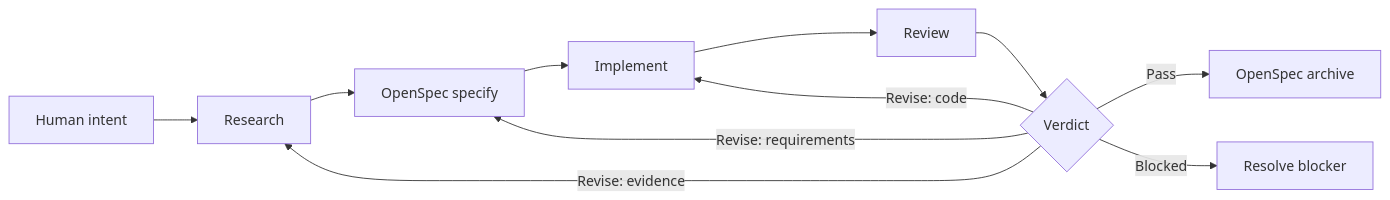
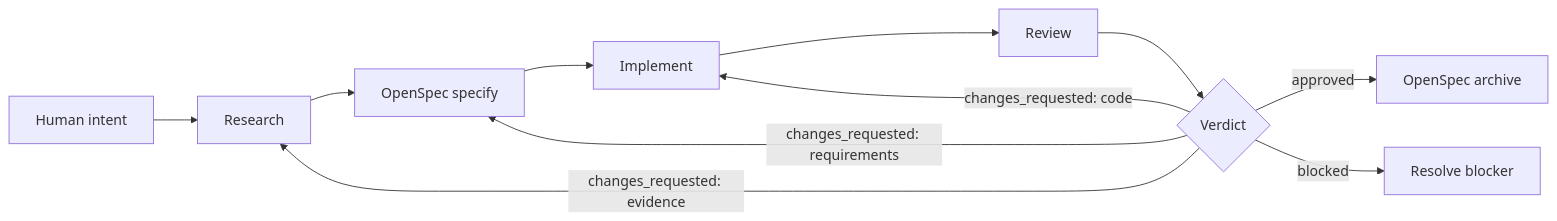
The diagram in .agents/skills/pivot-openspec-rpi/references/workflow.md (mols3131d/hmda-data-reliability), drawn with Mermaid before and after one commit. The commit also changed other lines of this file and 14 other files, not shown here.

````diff
--- a/.agents/skills/pivot-openspec-rpi/references/workflow.md
+++ b/.agents/skills/pivot-openspec-rpi/references/workflow.md
@@ -5,16 +5,16 @@
 ```mermaid
 flowchart LR
     H[Human intent]
     R[Research]
     O[OpenSpec specify]
     I[Implement]
     V[Review]
     D{Verdict}
 
     H --> R --> O --> I --> V --> D
-    D -- Pass --> A[OpenSpec archive]
-    D -- Revise: evidence --> R
-    D -- Revise: requirements --> O
-    D -- Revise: code --> I
-    D -- Blocked --> B[Resolve blocker]
+    D -- approved --> A[OpenSpec archive]
+    D -- changes_requested: evidence --> R
+    D -- changes_requested: requirements --> O
+    D -- changes_requested: code --> I
+    D -- blocked --> B[Resolve blocker]
 ```
````
